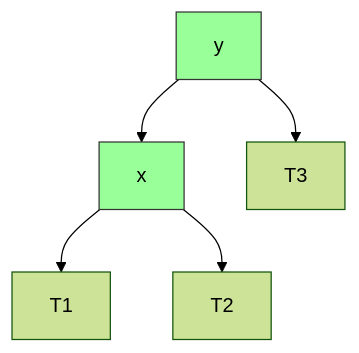
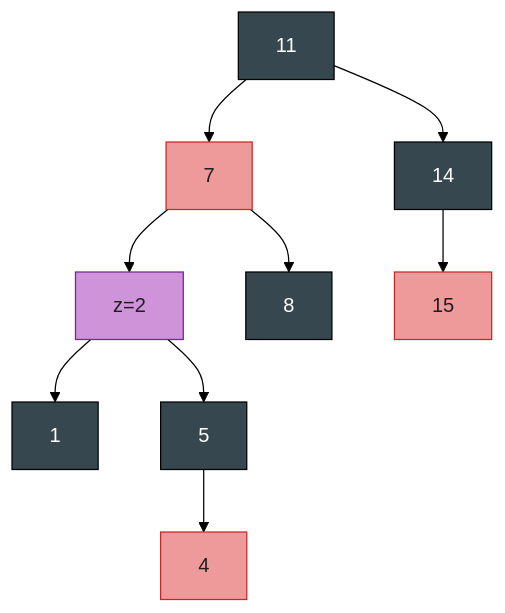
The fifth of 13 diagrams in IntroductionToAlgorithms/Chapter13_红黑树_深度版.md (socoo123/book_reading), drawn with Mermaid (forest theme) before and after one commit. The commit also changed other lines of this file and 30 other files, not shown here.

````diff
--- a/IntroductionToAlgorithms/Chapter13_红黑树_深度版.md
+++ b/IntroductionToAlgorithms/Chapter13_红黑树_深度版.md
@@ -226,10 +222,17 @@
 ```mermaid
-flowchart TD
-    y["y"] --> x["x"]
-    y --> T3["T3"]
-    x --> T1["T1"]
-    x --> T2["T2"]
-
-    style y fill:#99ff99,stroke:#333
-    style x fill:#99ff99,stroke:#333
+graph TD
+    n11["11"] --> n7["7"]
+    n11 --> n14["14"]
+    n7 --> n2["z=2"]
+    n7 --> n8["8"]
+    n14 --> n15["15"]
+    n2 --> n1["1"]
+    n2 --> n5["5"]
+    n5 --> n4["4"]
+    classDef rbB fill:#37474F,stroke:#000,color:#fff
+    classDef rbR fill:#EF9A9A,stroke:#C62828,color:#1f1f1f
+    classDef zz fill:#CE93D8,stroke:#7B1FA2,color:#1f1f1f
+    class n11,n14,n8,n1,n5 rbB
+    class n7,n15,n4 rbR
+    class n2 zz
 ```
````
